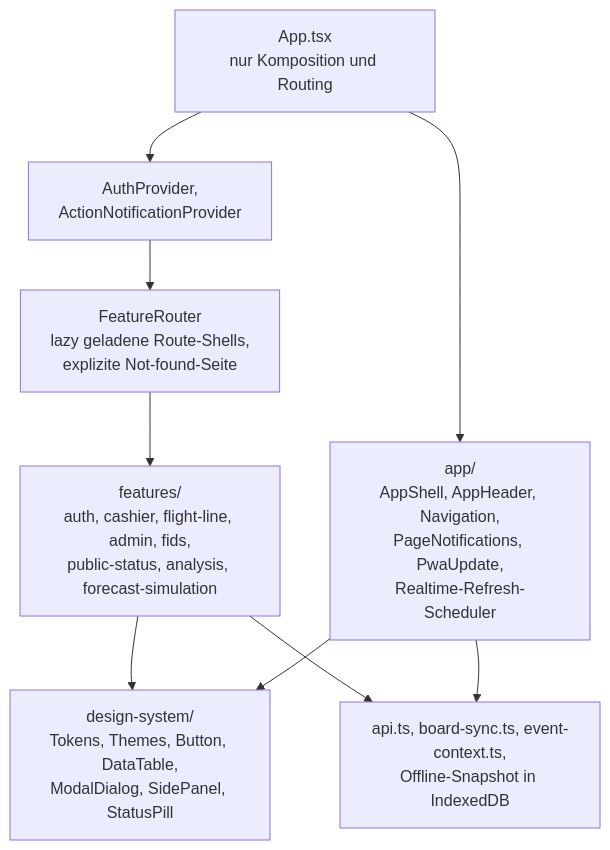
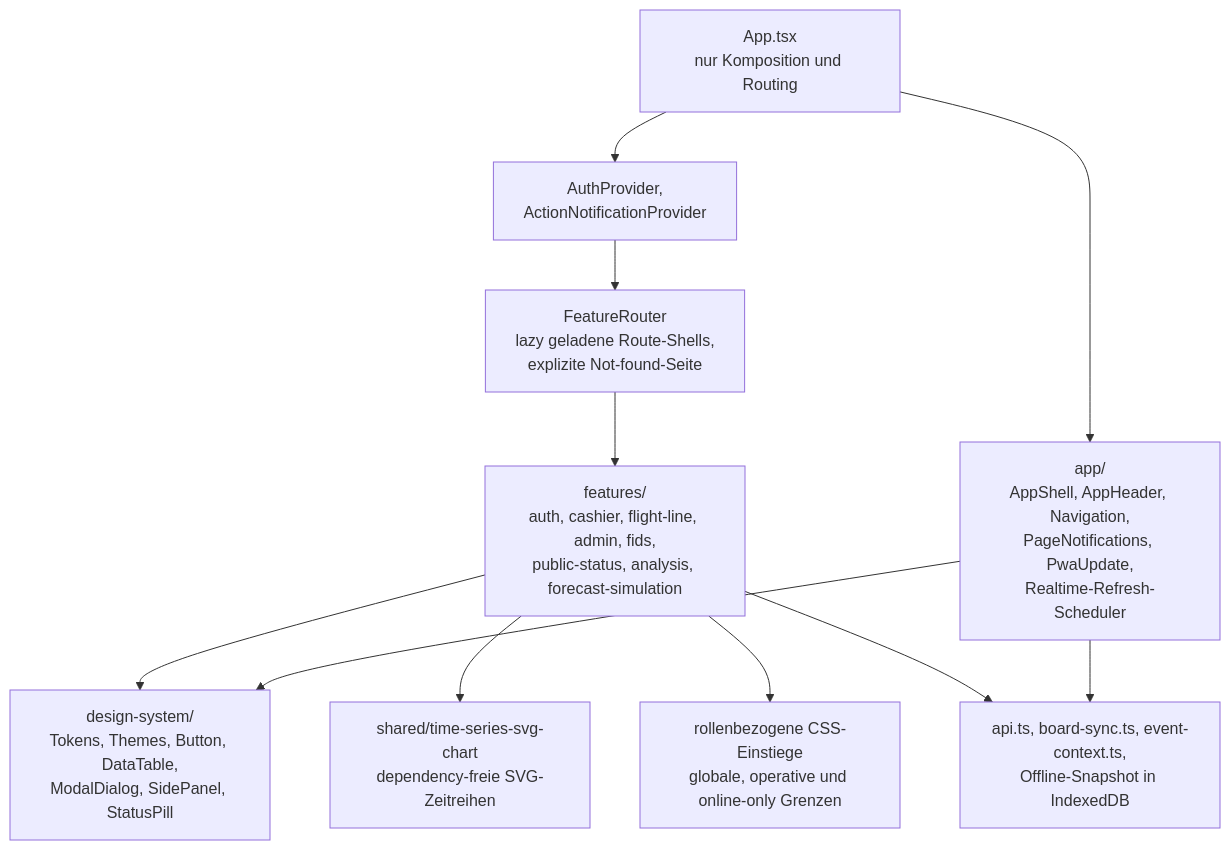
The fifth of 8 diagrams in docs/architecture/arc42/05-bausteinsicht.md (aguther/rundflug-leitstand), drawn with Mermaid before and after one commit. The commit also changed other lines of this file and 14 other files, not shown here.

First line of the commit message:
docs(architecture): close web asset headroom debt

````diff
--- a/docs/architecture/arc42/05-bausteinsicht.md
+++ b/docs/architecture/arc42/05-bausteinsicht.md
@@ -158,17 +158,21 @@
 ```mermaid
 flowchart TB
     APP["App.tsx<br/>nur Komposition und Routing"]
     PROV["AuthProvider,<br/>ActionNotificationProvider"]
     ROUTER["FeatureRouter<br/>lazy geladene Route-Shells,<br/>explizite Not-found-Seite"]
     SHELLM["app/<br/>AppShell, AppHeader, Navigation,<br/>PageNotifications, PwaUpdate,<br/>Realtime-Refresh-Scheduler"]
     FEAT["features/<br/>auth, cashier, flight-line, admin, fids,<br/>public-status, analysis, forecast-simulation"]
     DS["design-system/<br/>Tokens, Themes, Button, DataTable,<br/>ModalDialog, SidePanel, StatusPill"]
+    CHART["shared/time-series-svg-chart<br/>dependency-freie SVG-Zeitreihen"]
+    STYLES["rollenbezogene CSS-Einstiege<br/>globale, operative und online-only Grenzen"]
     API["api.ts, board-sync.ts, event-context.ts,<br/>Offline-Snapshot in IndexedDB"]
 
     APP --> PROV --> ROUTER --> FEAT
     APP --> SHELLM
     FEAT --> DS
+    FEAT --> CHART
+    FEAT --> STYLES
     FEAT --> API
     SHELLM --> API
     SHELLM --> DS
 ```
````
